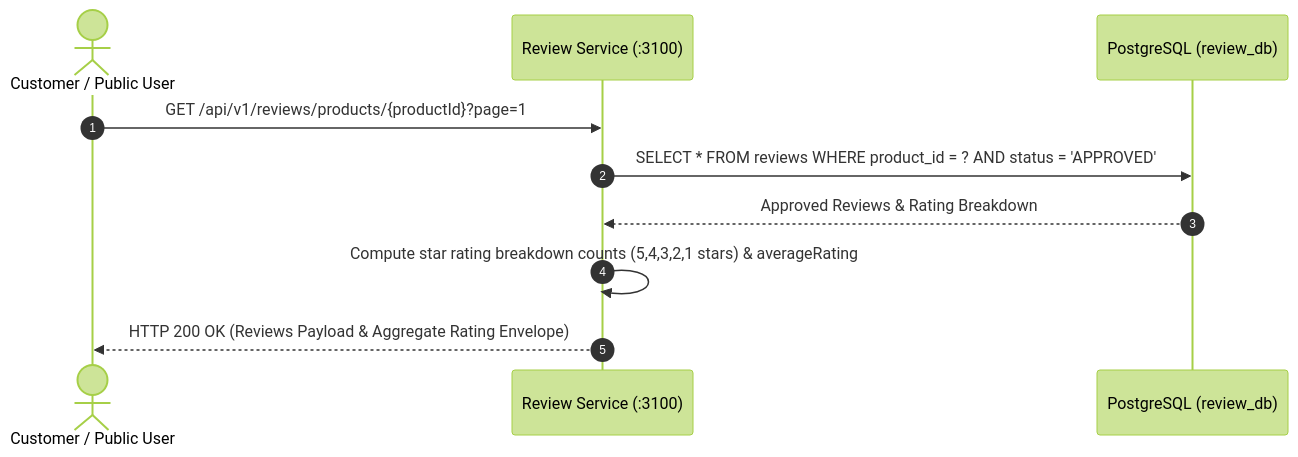
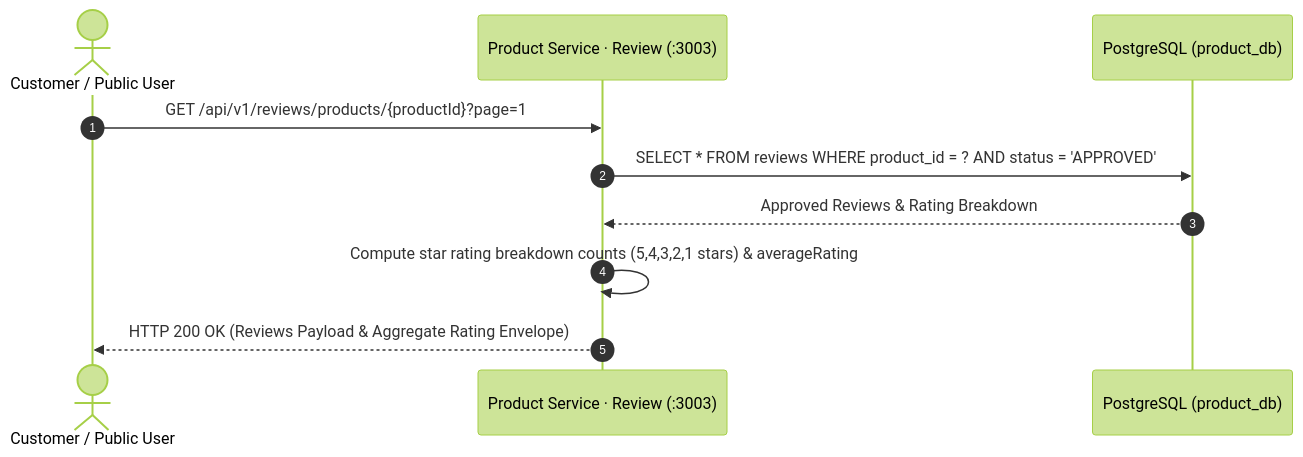
Before and after one commit to nilernous/omni-ecommerce-platform: the diagram in .agent/workflows/review/view-product-reviews.md, drawn with Mermaid (forest theme). The commit also changed other lines of this file and 54 other files, not shown here.

First line of the commit message:
docs: update architecture docs for the 12-service layout

````diff
--- a/.agent/workflows/review/view-product-reviews.md
+++ b/.agent/workflows/review/view-product-reviews.md
@@ -197,13 +197,13 @@
 ```mermaid
 sequenceDiagram
   autonumber
   actor Client as Customer / Public User
-  participant RevSvc as Review Service (:3100)
-  participant DB as PostgreSQL (review_db)
+  participant RevSvc as Product Service · Review (:3003)
+  participant DB as PostgreSQL (product_db)
 
   Client->>RevSvc: GET /api/v1/reviews/products/{productId}?page=1
   RevSvc->>DB: SELECT * FROM reviews WHERE product_id = ? AND status = 'APPROVED'
   DB-->>RevSvc: Approved Reviews & Rating Breakdown
   RevSvc->>RevSvc: Compute star rating breakdown counts (5,4,3,2,1 stars) & averageRating
   RevSvc-->>Client: HTTP 200 OK (Reviews Payload & Aggregate Rating Envelope)
 ```
````
